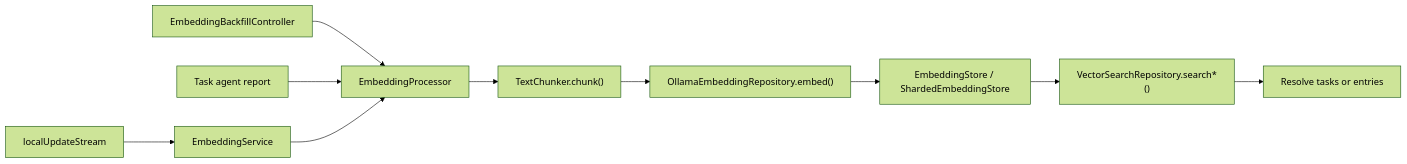
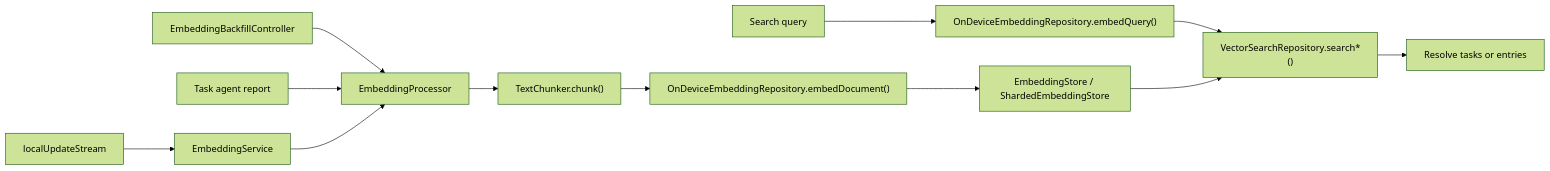
The first of 3 diagrams in knowledge/features/ai/embeddings-and-search.md (matthiasn/lotti), drawn with Mermaid (forest theme) before and after one commit. The commit also changed other lines of this file and 84 other files, not shown here.

Commit message:
feat(search): embeddings run on the device with EmbeddingGemma, replacing Ollama (#4889)

````diff
--- a/knowledge/features/ai/embeddings-and-search.md
+++ b/knowledge/features/ai/embeddings-and-search.md
@@ -61,12 +82,14 @@
 ```mermaid
 flowchart LR
   Change["localUpdateStream"] --> Service["EmbeddingService"]
   Backfill["EmbeddingBackfillController"] --> Extract
   Report["Task agent report"] --> Extract
   Service --> Extract["EmbeddingProcessor"]
   Extract --> Chunk["TextChunker.chunk()"]
-  Chunk --> Embed["OllamaEmbeddingRepository.embed()"]
+  Chunk --> Embed["OnDeviceEmbeddingRepository.embedDocument()"]
   Embed --> Store["EmbeddingStore / ShardedEmbeddingStore"]
-  Store --> Search["VectorSearchRepository.search*()"]
+  Query["Search query"] --> QueryEmbed["OnDeviceEmbeddingRepository.embedQuery()"]
+  QueryEmbed --> Search["VectorSearchRepository.search*()"]
+  Store --> Search
   Search --> Resolve["Resolve tasks or entries"]
 ```
````
